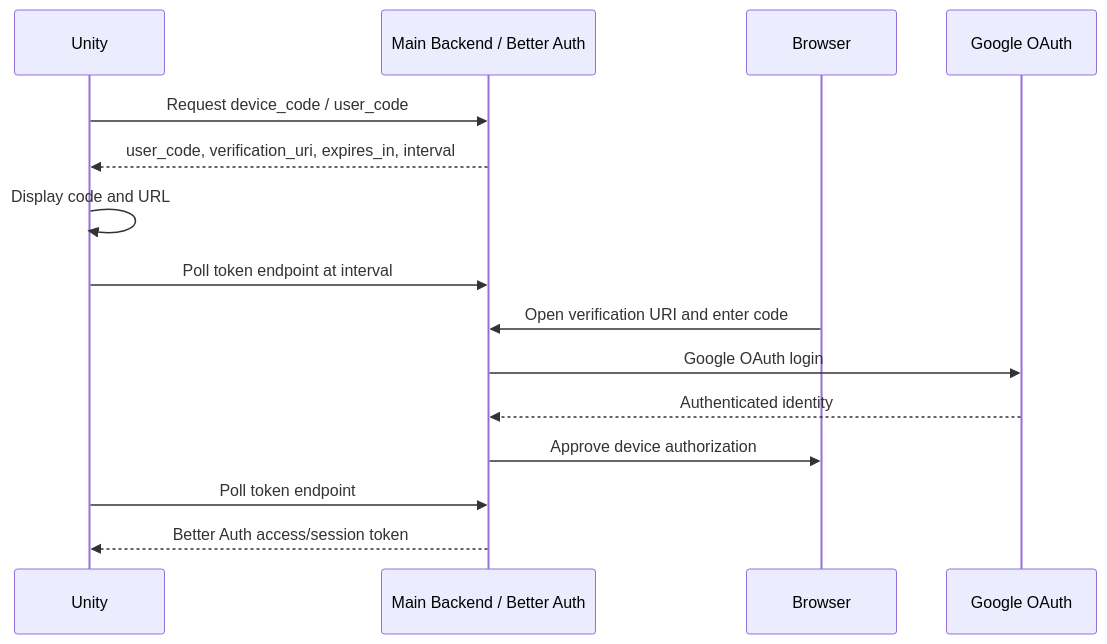
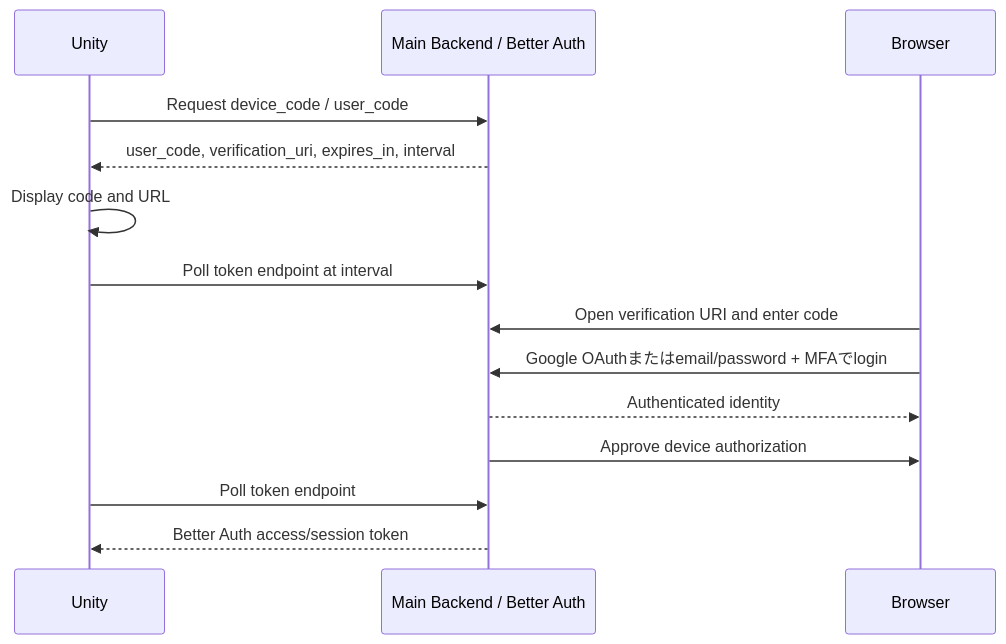
Before and after one commit to unframe-dev/unframe: the third of 4 diagrams in app/server/ARCHITECTURE.md, drawn with Mermaid. The commit also changed other lines of this file and 19 other files, not shown here.

````diff
--- a/app/server/ARCHITECTURE.md
+++ b/app/server/ARCHITECTURE.md
@@ -565,18 +565,17 @@
 ```mermaid
 sequenceDiagram
     participant U as Unity
     participant M as Main Backend / Better Auth
     participant B as Browser
-    participant G as Google OAuth
 
     U->>M: Request device_code / user_code
     M-->>U: user_code, verification_uri, expires_in, interval
     U->>U: Display code and URL
     U->>M: Poll token endpoint at interval
     B->>M: Open verification URI and enter code
-    M->>G: Google OAuth login
-    G-->>M: Authenticated identity
+    B->>M: Google OAuthまたはemail/password + MFAでlogin
+    M-->>B: Authenticated identity
     M->>B: Approve device authorization
     U->>M: Poll token endpoint
     M-->>U: Better Auth access/session token
 ```
````
